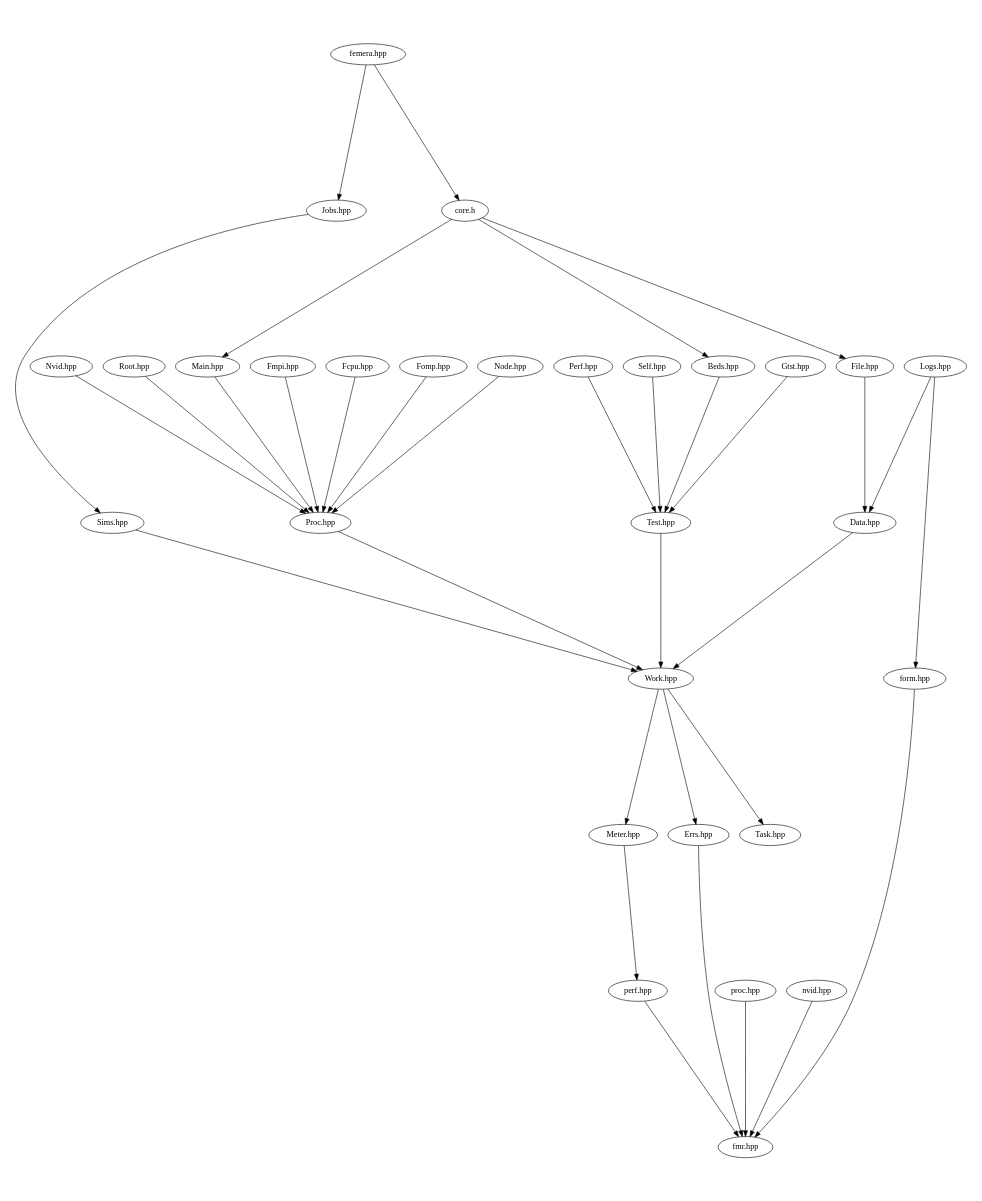
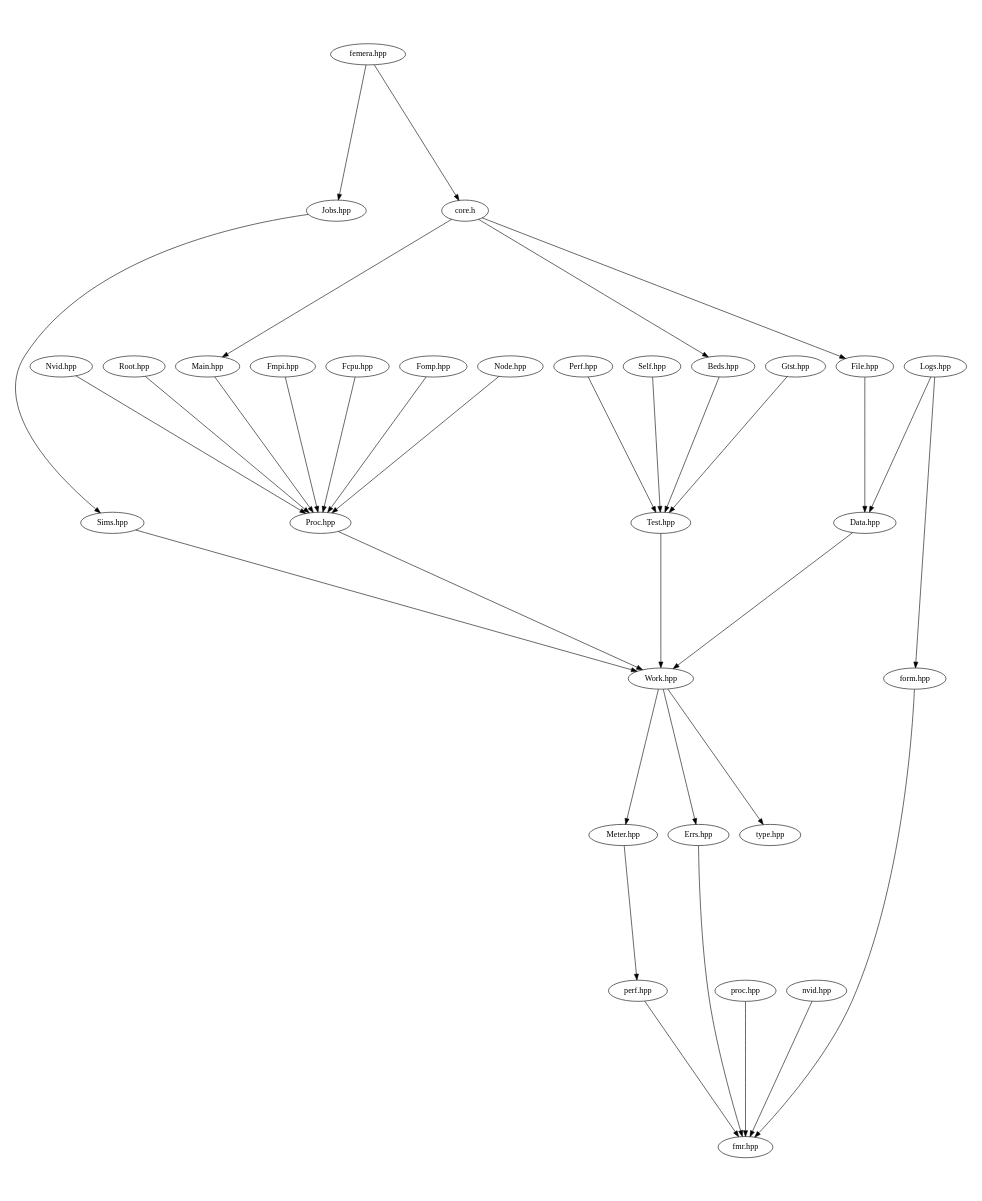
One commit to waggyz/femera-mini-app changed the diagram in src/docs/src-headers.dot. Above: the diagram before and after it, drawn with Graphviz. The commit also changed 49 other files, not shown here.

```diff
--- a/src/docs/src-headers.dot
+++ b/src/docs/src-headers.dot
@@ -1,41 +1,41 @@
 digraph "source tree" {
     overlap=scale;
     size="8,10";
     ratio="fill";
     fontsize="16";
     fontname="Helvetica";
 	clusterrank="local";
 	"femera.hpp" -> "Jobs.hpp"
 	"Meter.hpp" -> "perf.hpp"
 	"Sims.hpp" -> "Work.hpp"
 	"Work.hpp" -> "Errs.hpp"
 	"proc.hpp" -> "fmr.hpp"
 	"Nvid.hpp" -> "Proc.hpp"
 	"Root.hpp" -> "Proc.hpp"
 	"Perf.hpp" -> "Test.hpp"
 	"core.h" -> "Main.hpp"
 	"nvid.hpp" -> "fmr.hpp"
 	"perf.hpp" -> "fmr.hpp"
 	"Fmpi.hpp" -> "Proc.hpp"
 	"Test.hpp" -> "Work.hpp"
+	"Work.hpp" -> "type.hpp"
 	"Fcpu.hpp" -> "Proc.hpp"
 	"Fomp.hpp" -> "Proc.hpp"
-	"Work.hpp" -> "Task.hpp"
 	"core.h" -> "File.hpp"
 	"Logs.hpp" -> "Data.hpp"
 	"Self.hpp" -> "Test.hpp"
 	"core.h" -> "Beds.hpp"
 	"Errs.hpp" -> "fmr.hpp"
 	"Node.hpp" -> "Proc.hpp"
 	"Jobs.hpp" -> "Sims.hpp"
 	"File.hpp" -> "Data.hpp"
 	"Beds.hpp" -> "Test.hpp"
 	"Proc.hpp" -> "Work.hpp"
 	"form.hpp" -> "fmr.hpp"
 	"Gtst.hpp" -> "Test.hpp"
 	"Data.hpp" -> "Work.hpp"
 	"femera.hpp" -> "core.h"
 	"Work.hpp" -> "Meter.hpp"
 	"Logs.hpp" -> "form.hpp"
 	"Main.hpp" -> "Proc.hpp"
 }
```
